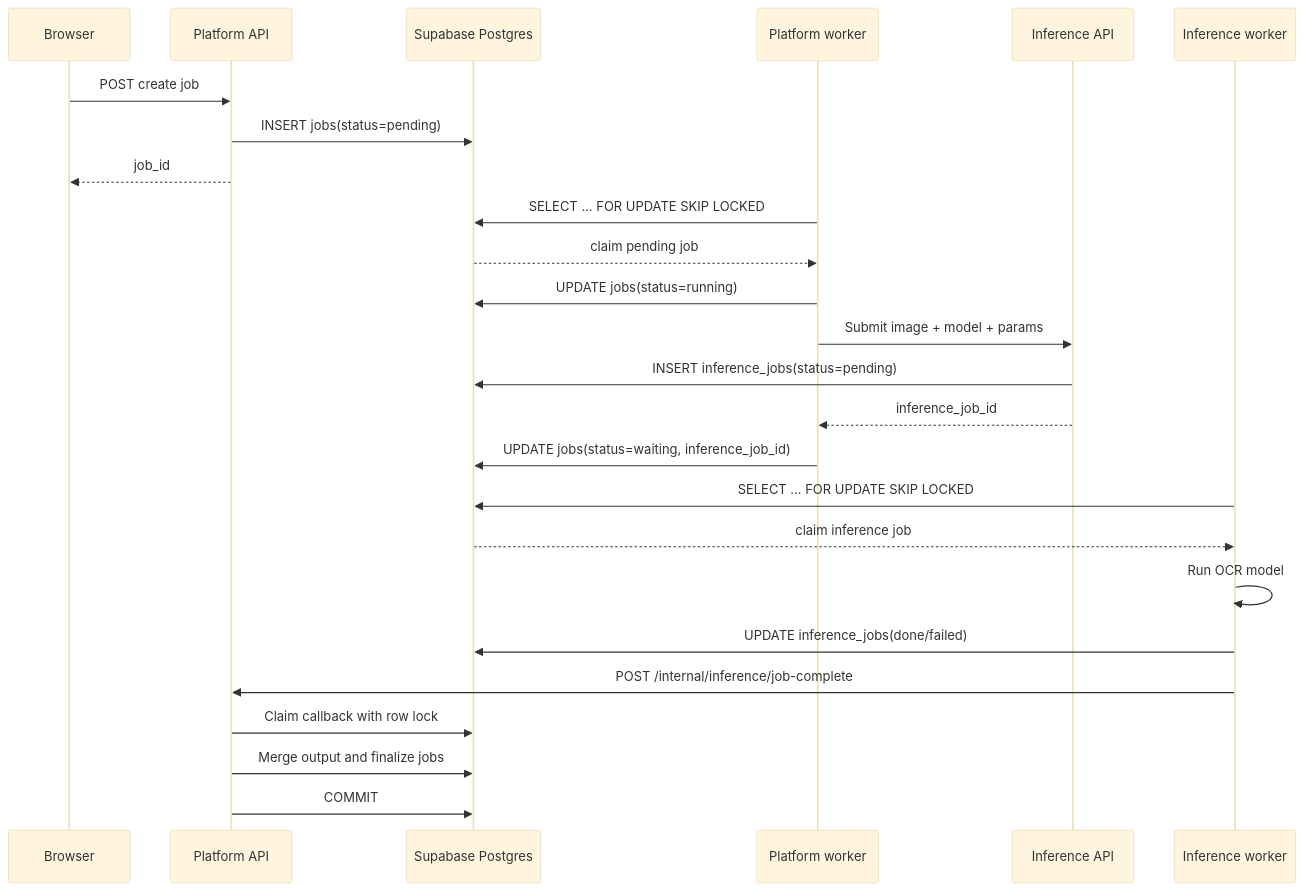
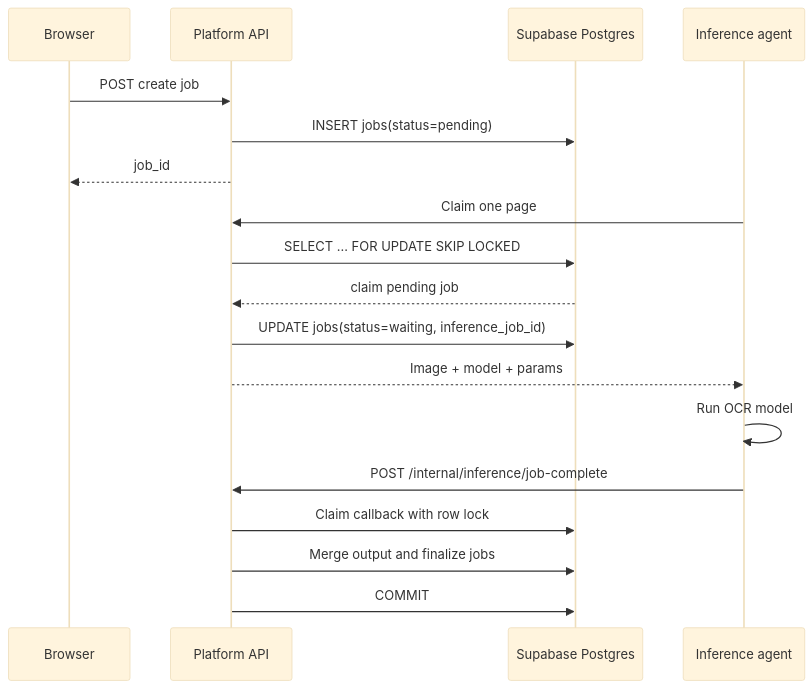
Before and after one commit to kkkamur07/greekOCR: the fourth of 7 diagrams in docs/database-design.md, drawn with Mermaid (base theme). The commit also changed other lines of this file and 31 other files, not shown here.

First line of the commit message:
build: remove the inference-api container and its Postgres dependencies

````diff
--- a/docs/database-design.md
+++ b/docs/database-design.md
@@ -482,31 +454,24 @@
 ```mermaid
 sequenceDiagram
     participant UI as Browser
     participant API as Platform API
     participant PDB as Supabase Postgres
-    participant PW as Platform worker
-    participant IA as Inference API
-    participant IW as Inference worker
+    participant AG as Inference agent
 
     UI->>API: POST create job
     API->>PDB: INSERT jobs(status=pending)
     API-->>UI: job_id
 
-    PW->>PDB: SELECT ... FOR UPDATE SKIP LOCKED
-    PDB-->>PW: claim pending job
-    PW->>PDB: UPDATE jobs(status=running)
-    PW->>IA: Submit image + model + params
-    IA->>PDB: INSERT inference_jobs(status=pending)
-    IA-->>PW: inference_job_id
-    PW->>PDB: UPDATE jobs(status=waiting, inference_job_id)
+    AG->>API: Claim one page
+    API->>PDB: SELECT ... FOR UPDATE SKIP LOCKED
+    PDB-->>API: claim pending job
+    API->>PDB: UPDATE jobs(status=waiting, inference_job_id)
+    API-->>AG: Image + model + params
 
-    IW->>PDB: SELECT ... FOR UPDATE SKIP LOCKED
-    PDB-->>IW: claim inference job
-    IW->>IW: Run OCR model
-    IW->>PDB: UPDATE inference_jobs(done/failed)
-    IW->>API: POST /internal/inference/job-complete
+    AG->>AG: Run OCR model
+    AG->>API: POST /internal/inference/job-complete
 
     API->>PDB: Claim callback with row lock
     API->>PDB: Merge output and finalize jobs
     API->>PDB: COMMIT
 ```
````
